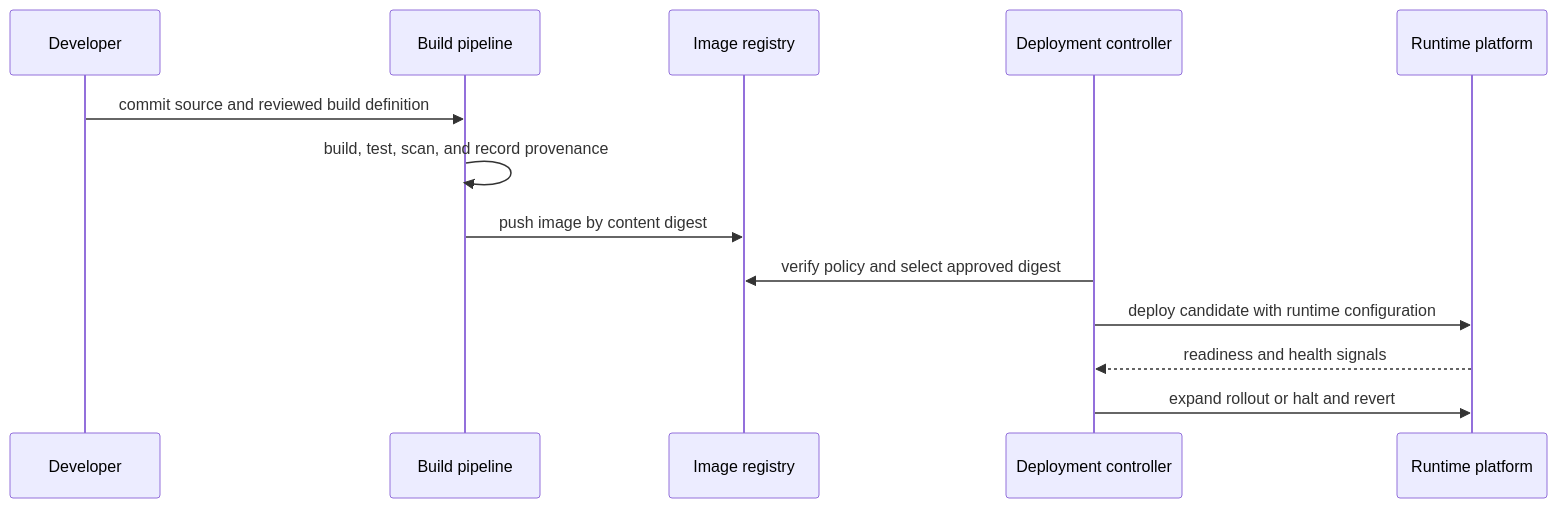
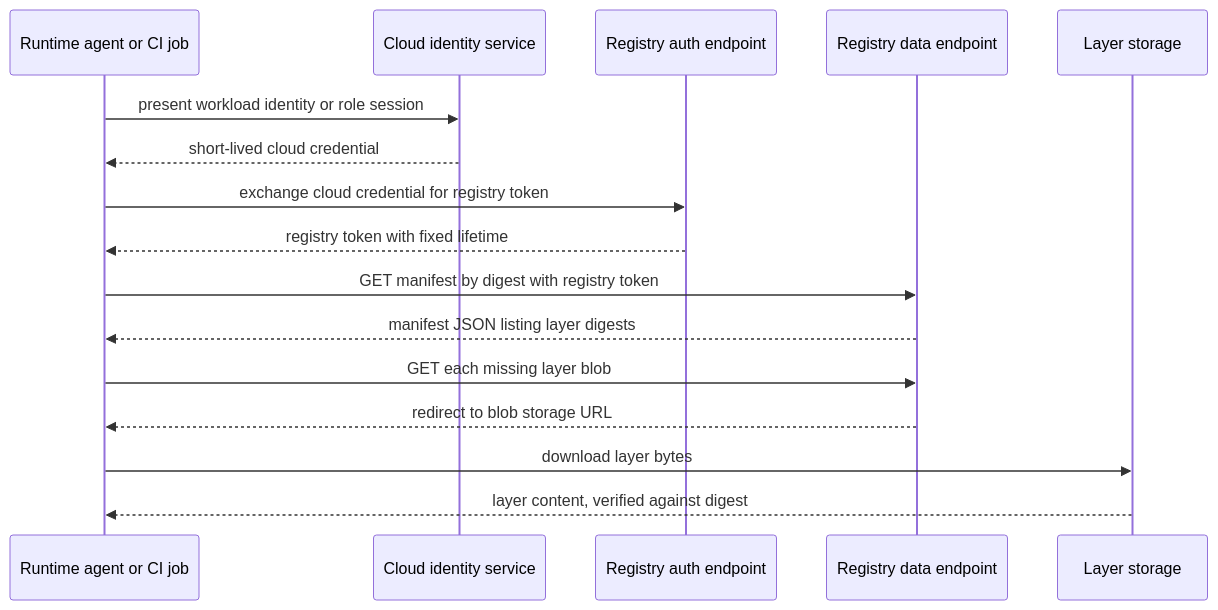
The third of 11 diagrams in 09_Cloud_Computing/CH07_Containers.md (joydasss/Architect), drawn with Mermaid before and after one commit. The commit also changed other lines of this file and 295 other files, not shown here.

````diff
--- a/09_Cloud_Computing/CH07_Containers.md
+++ b/09_Cloud_Computing/CH07_Containers.md
@@ -88,15 +244,18 @@
 ```mermaid
 sequenceDiagram
-    participant Dev as Developer
-    participant CI as Build pipeline
-    participant Registry as Image registry
-    participant CD as Deployment controller
-    participant Run as Runtime platform
-    Dev->>CI: commit source and reviewed build definition
-    CI->>CI: build, test, scan, and record provenance
-    CI->>Registry: push image by content digest
-    CD->>Registry: verify policy and select approved digest
-    CD->>Run: deploy candidate with runtime configuration
-    Run-->>CD: readiness and health signals
-    CD->>Run: expand rollout or halt and revert
+    participant W as Runtime agent or CI job
+    participant IdP as Cloud identity service
+    participant RA as Registry auth endpoint
+    participant RD as Registry data endpoint
+    participant Blob as Layer storage
+    W->>IdP: present workload identity or role session
+    IdP-->>W: short-lived cloud credential
+    W->>RA: exchange cloud credential for registry token
+    RA-->>W: registry token with fixed lifetime
+    W->>RD: GET manifest by digest with registry token
+    RD-->>W: manifest JSON listing layer digests
+    W->>RD: GET each missing layer blob
+    RD-->>W: redirect to blob storage URL
+    W->>Blob: download layer bytes
+    Blob-->>W: layer content, verified against digest
 ```
````
